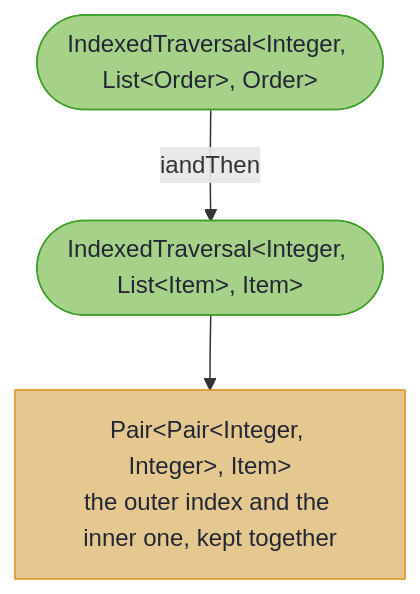
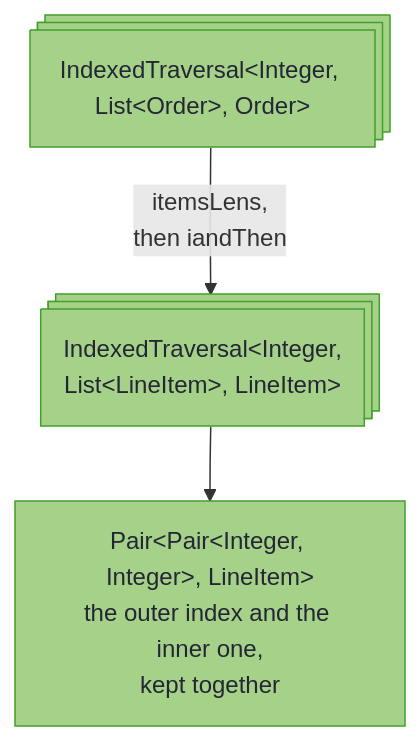
Before and after one commit to higher-kinded-j/higher-kinded-j: the diagram in hkj-book/src/optics/indexed_optics_advanced.md, drawn with Mermaid. The commit also changed 24 other files, not shown here.

````diff
--- a/hkj-book/src/optics/indexed_optics_advanced.md
+++ b/hkj-book/src/optics/indexed_optics_advanced.md
@@ -22,12 +22,14 @@
 ```mermaid
 flowchart TD
-    A(["IndexedTraversal&lt;Integer, List&lt;Order&gt;, Order&gt;"])
-    B(["IndexedTraversal&lt;Integer, List&lt;Item&gt;, Item&gt;"])
-    R["Pair&lt;Pair&lt;Integer, Integer&gt;, Item&gt;<br/>the outer index and the inner one, kept together"]
-    A -->|"iandThen"| B --> R
+    accTitle: Two indexed traversals composed
+    accDescr: An indexed traversal over a list of orders, composed through each order's items lens and then with iandThen onto an indexed traversal over a list of line items, focuses each LineItem paired with a Pair of the outer index and the inner one.
+    A@{ shape: st-rect, label: "IndexedTraversal&lt;Integer, List&lt;Order&gt;, Order&gt;" }
+    B@{ shape: st-rect, label: "IndexedTraversal&lt;Integer,<br/>List&lt;LineItem&gt;, LineItem&gt;" }
+    R["Pair&lt;Pair&lt;Integer, Integer&gt;, LineItem&gt;<br/>the outer index and the inner one,<br/>kept together"]
+    A -->|"itemsLens,<br/>then iandThen"| B --> R
 
-    classDef tier fill:#a6d189,stroke:#40a02b,color:#232634
-    classDef out fill:#e5c890,stroke:#df8e1d,color:#232634
-    class A,B tier
+    classDef rw fill:#a6d189,stroke:#40a02b,color:#232634
+    classDef out fill:#a6d189,stroke:#40a02b,color:#232634
+    class A,B rw
     class R out
 ```
````
